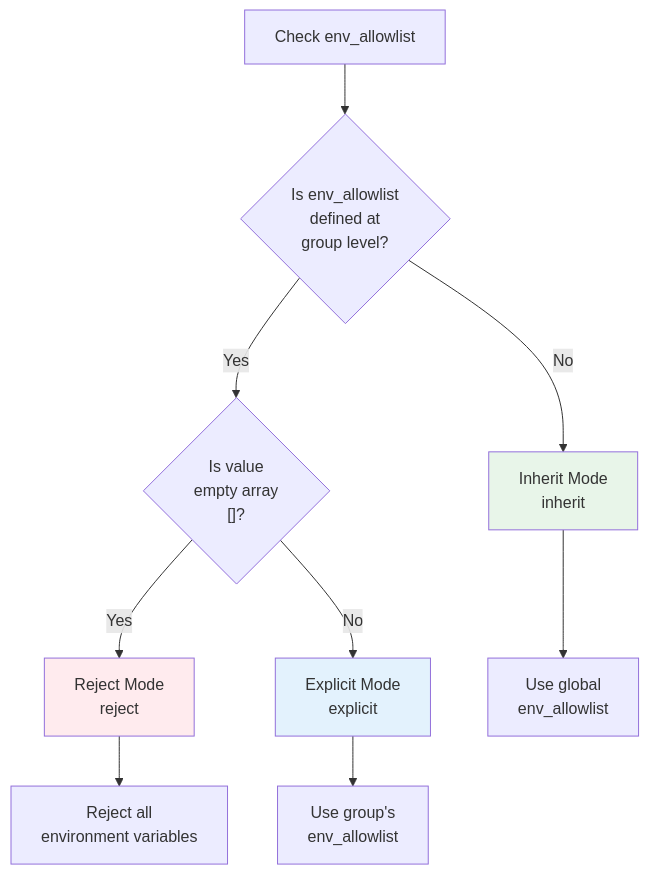
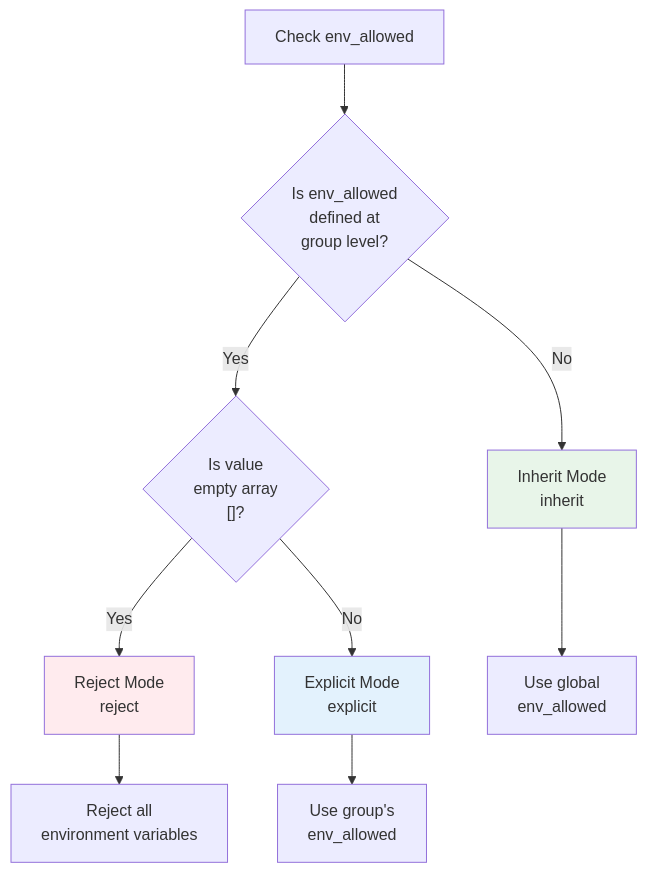
Before and after one commit to isseis/go-safe-cmd-runner: the diagram in docs/user/toml_config/05_group_level.md, drawn with Mermaid. The commit also changed other lines of this file and 30 other files, not shown here.

````diff
--- a/docs/user/toml_config/05_group_level.md
+++ b/docs/user/toml_config/05_group_level.md
@@ -1157,16 +1157,16 @@
 ```mermaid
 flowchart TD
-    A["Check env_allowlist"] --> B{"Is env_allowlist<br/>defined at<br/>group level?"}
+    A["Check env_allowed"] --> B{"Is env_allowed<br/>defined at<br/>group level?"}
     B -->|No| C["Inherit Mode<br/>inherit"]
     B -->|Yes| D{"Is value<br/>empty array<br/>[]?"}
     D -->|Yes| E["Reject Mode<br/>reject"]
     D -->|No| F["Explicit Mode<br/>explicit"]
 
-    C --> G["Use global<br/>env_allowlist"]
+    C --> G["Use global<br/>env_allowed"]
     E --> H["Reject all<br/>environment variables"]
-    F --> I["Use group's<br/>env_allowlist"]
+    F --> I["Use group's<br/>env_allowed"]
 
     style C fill:#e8f5e9
     style E fill:#ffebee
     style F fill:#e3f2fd
 ```
````
